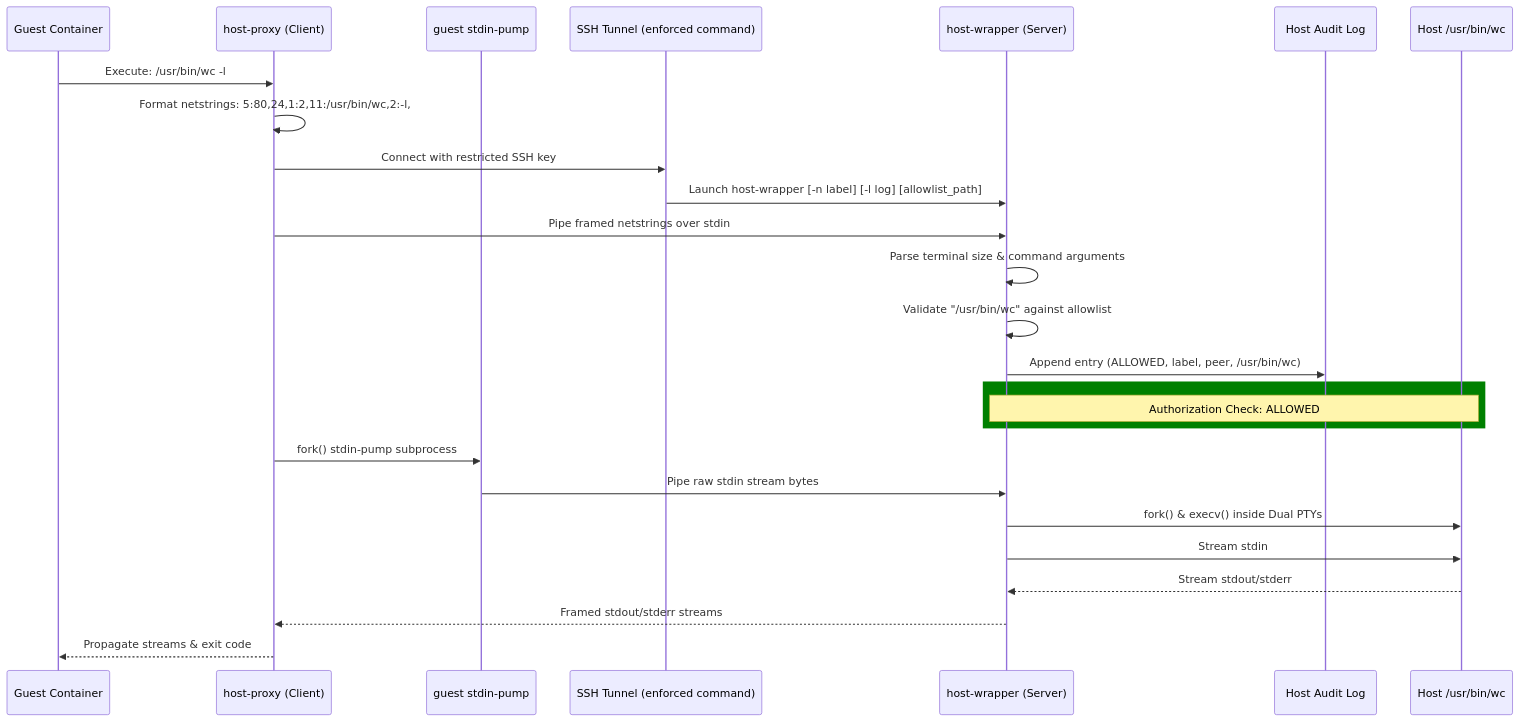
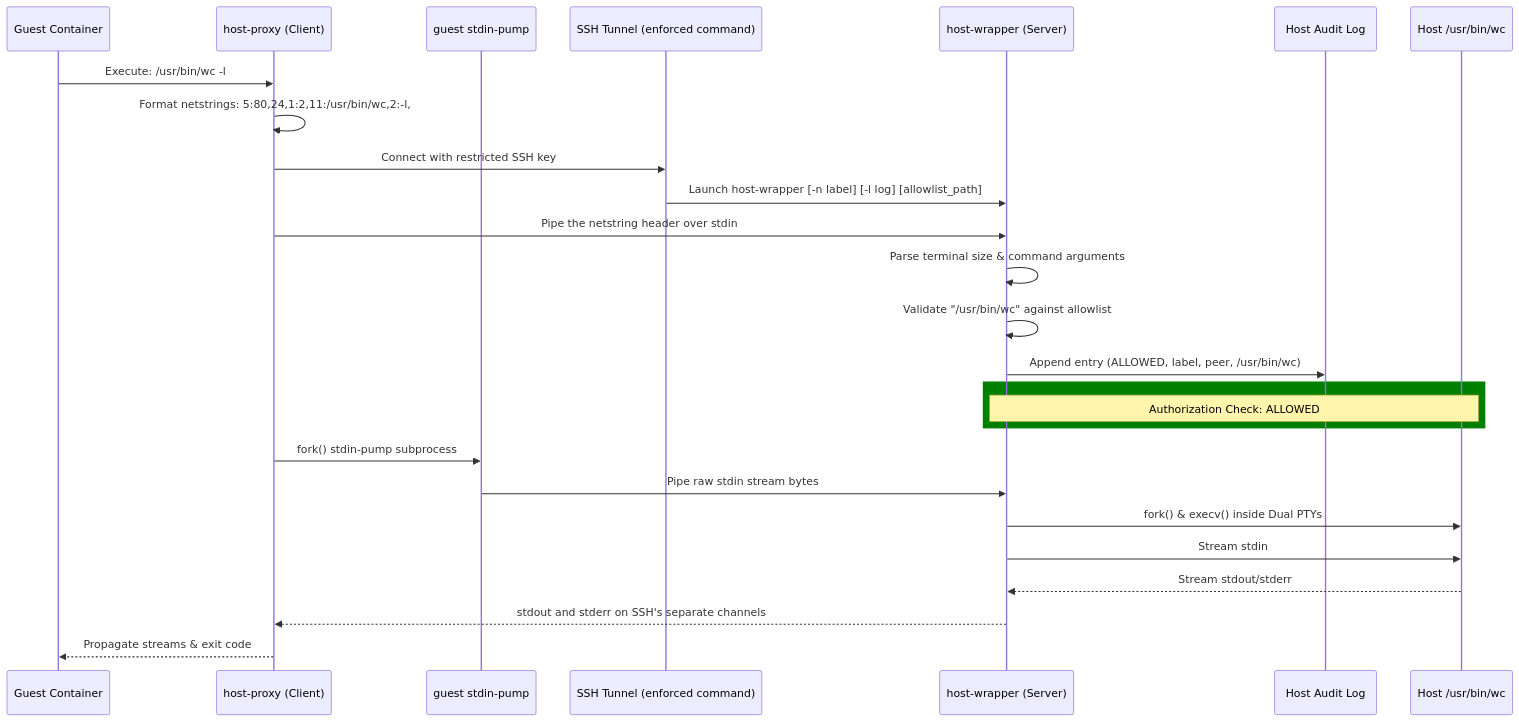
Before and after one commit to samirose/host-wrapper: the diagram in README.md, drawn with Mermaid. The commit also changed other lines of this file, not shown here.

First line of the commit message:
Say that only the request header is framed

````diff
--- a/README.md
+++ b/README.md
@@ -76,29 +76,29 @@
 ```mermaid
 sequenceDiagram
     participant Guest as Guest Container
     participant Proxy as host-proxy (Client)
     participant Pump as guest stdin-pump
     participant SSH as SSH Tunnel (enforced command)
     participant Wrapper as host-wrapper (Server)
     participant Log as Host Audit Log
     participant HostCmd as Host /usr/bin/wc
 
     Guest->>Proxy: Execute: /usr/bin/wc -l
     Proxy->>Proxy: Format netstrings: 5:80,24,1:2,11:/usr/bin/wc,2:-l,
     Proxy->>SSH: Connect with restricted SSH key
     SSH->>Wrapper: Launch host-wrapper [-n label] [-l log] [allowlist_path]
-    Proxy->>Wrapper: Pipe framed netstrings over stdin
+    Proxy->>Wrapper: Pipe the netstring header over stdin
     Wrapper->>Wrapper: Parse terminal size & command arguments
     Wrapper->>Wrapper: Validate "/usr/bin/wc" against allowlist
     Wrapper->>Log: Append entry (ALLOWED, label, peer, /usr/bin/wc)
     rect green
         Note over Wrapper,HostCmd: Authorization Check: ALLOWED
     end
     Proxy->>Pump: fork() stdin-pump subprocess
     Pump->>Wrapper: Pipe raw stdin stream bytes
     Wrapper->>HostCmd: fork() & execv() inside Dual PTYs
     Wrapper->>HostCmd: Stream stdin
     HostCmd-->>Wrapper: Stream stdout/stderr
-    Wrapper-->>Proxy: Framed stdout/stderr streams
+    Wrapper-->>Proxy: stdout and stderr on SSH's separate channels
     Proxy-->>Guest: Propagate streams & exit code
 ```
````
